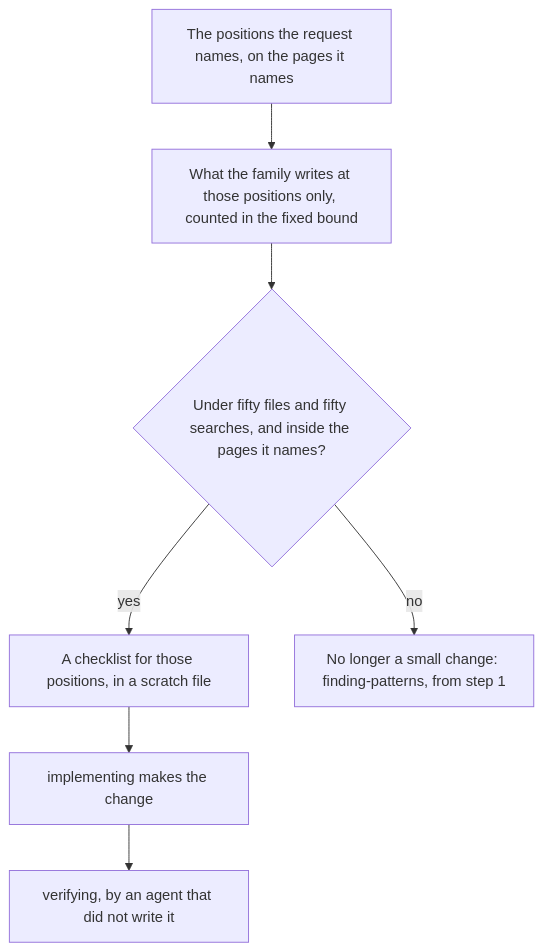
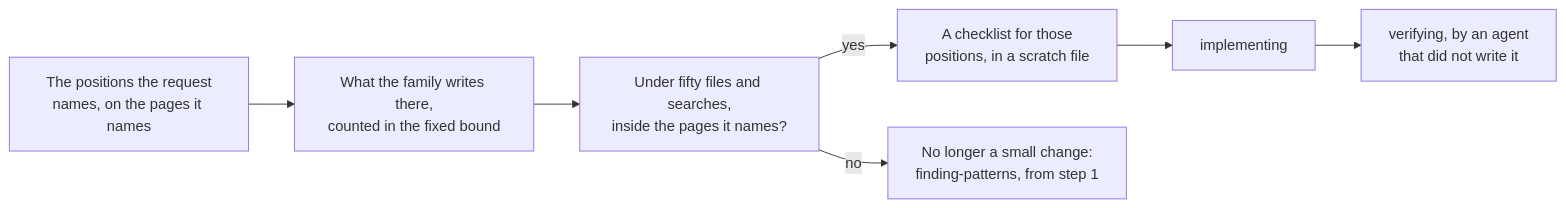
Before and after one commit to kamenkurtev/ui-consistency: the seventh of 7 diagrams in docs/how-it-works.md, drawn with Mermaid. The commit also changed other lines of this file, not shown here.

Commit message:
Lay the diagrams out left to right, so each fits one screen (#466)

````diff
--- a/docs/how-it-works.md
+++ b/docs/how-it-works.md
@@ -170,10 +171,10 @@
 ```mermaid
-flowchart TB
-  A1["The positions the request names, on the pages it names"]
-  A1 --> A2["What the family writes at those positions only, counted in the fixed bound"]
-  A2 --> B{"Under fifty files and fifty searches, and inside the pages it names?"}
-  B -->|"yes"| A7["A checklist for those positions, in a scratch file"]
-  B -->|"no"| FP["No longer a small change: finding-patterns, from step 1"]
-  A7 --> IM["implementing makes the change"]
-  IM --> VE["verifying, by an agent that did not write it"]
+flowchart LR
+  A1["The positions the request<br>names, on the pages it names"]
+  A1 --> A2["What the family writes there,<br>counted in the fixed bound"]
+  A2 --> B["Under fifty files and searches,<br>inside the pages it names?"]
+  B -->|"yes"| A7["A checklist for those<br>positions, in a scratch file"]
+  B -->|"no"| FP["No longer a small change:<br>finding-patterns, from step 1"]
+  A7 --> IM["implementing"]
+  IM --> VE["verifying, by an agent<br>that did not write it"]
 ```
````
